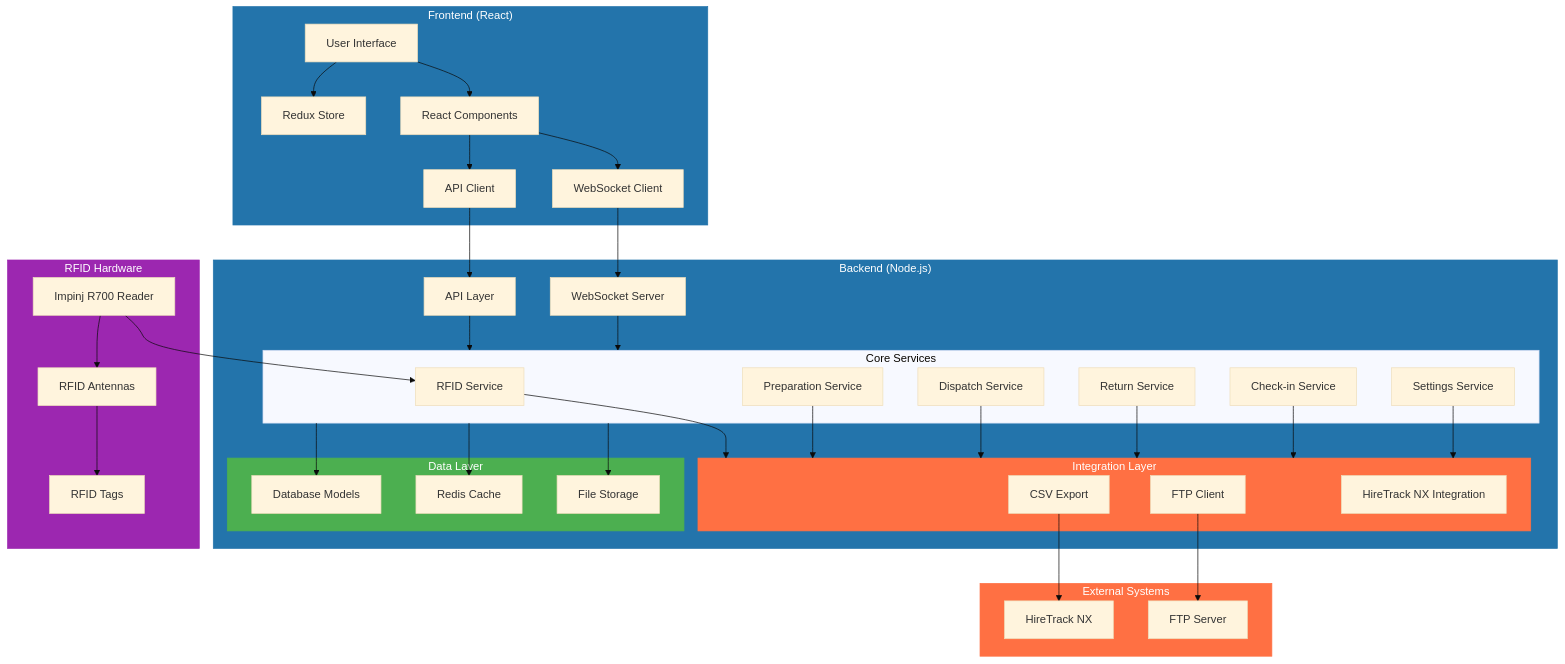
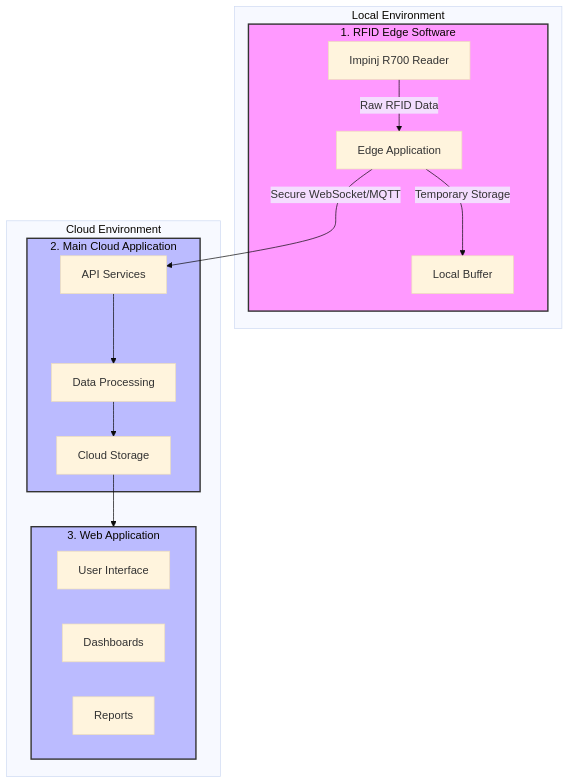
Before and after one commit to TadashiJei/Impinj-RFID-System: the diagram in flowchart.mermaid, drawn with Mermaid (base theme).

```diff
--- a/flowchart.mermaid
+++ b/flowchart.mermaid
@@ -1,91 +1,36 @@
 graph TB
-    subgraph Client ["Frontend (React)"]
-        UI[User Interface]
-        Redux[Redux Store]
-        WSClient[WebSocket Client]
-        Components[React Components]
-        APIClient[API Client]
-        
-        UI --> Redux
-        UI --> Components
-        Components --> APIClient
-        Components --> WSClient
-    end
-
-    subgraph Server ["Backend (Node.js)"]
-        API[API Layer]
-        WSServer[WebSocket Server]
-        
-        subgraph Core ["Core Services"]
-            RFIDService[RFID Service]
-            PrepService[Preparation Service]
-            DispatchService[Dispatch Service]
-            ReturnService[Return Service]
-            CheckInService[Check-in Service]
-            SettingsService[Settings Service]
-        end
-        
-        subgraph Integration ["Integration Layer"]
-            CSVExport[CSV Export]
-            FTPClient[FTP Client]
-            HireTrackNX[HireTrack NX Integration]
-        end
-        
-        subgraph Data ["Data Layer"]
-            Models[Database Models]
-            Cache[Redis Cache]
-            FileStorage[File Storage]
+    subgraph Local ["Local Environment"]
+        subgraph EdgeSoftware ["1. RFID Edge Software"]
+            Reader[Impinj R700 Reader]
+            EdgeApp[Edge Application]
+            Buffer[Local Buffer]
+            
+            Reader -->|Raw RFID Data| EdgeApp
+            EdgeApp -->|Temporary Storage| Buffer
         end
     end
 
-    subgraph Hardware ["RFID Hardware"]
-        Reader[Impinj R700 Reader]
-        Antennas[RFID Antennas]
-        Tags[RFID Tags]
+    subgraph Cloud ["Cloud Environment"]
+        subgraph MainApp ["2. Main Cloud Application"]
+            API[API Services]
+            Processing[Data Processing]
+            Storage[Cloud Storage]
+        end
+
+        subgraph WebApp ["3. Web Application"]
+            UI[User Interface]
+            Dashboard[Dashboards]
+            Reports[Reports]
+        end
     end
 
-    subgraph External ["External Systems"]
-        HireTrack[HireTrack NX]
-        FTP[FTP Server]
-    end
+    EdgeApp -->|Secure WebSocket/MQTT| API
+    API --> Processing
+    Processing --> Storage
+    Storage --> WebApp
 
-    %% Client to Server Connections
-    APIClient --> API
-    WSClient --> WSServer
-
-    %% API Layer Connections
-    API --> Core
-    WSServer --> Core
-
-    %% Core Service Connections
-    RFIDService --> Integration
-    PrepService --> Integration
-    DispatchService --> Integration
-    ReturnService --> Integration
-    CheckInService --> Integration
-    SettingsService --> Integration
-
-    %% Data Layer Connections
-    Core --> Models
-    Core --> Cache
-    Core --> FileStorage
-
-    %% Hardware Connections
-    Reader --> Antennas
-    Antennas --> Tags
-    Reader --> RFIDService
-
-    %% External System Connections
-    CSVExport --> HireTrack
-    FTPClient --> FTP
-
-    %% Styling
-    classDef primary fill:#2374ab,stroke:#2374ab,color:#fff
-    classDef secondary fill:#ff7043,stroke:#ff7043,color:#fff
-    classDef external fill:#4caf50,stroke:#4caf50,color:#fff
-    classDef hardware fill:#9c27b0,stroke:#9c27b0,color:#fff
-
-    class Client,Server primary
-    class Integration,External secondary
-    class Hardware hardware
-    class Data external
+    classDef local fill:#f9f,stroke:#333,stroke-width:2px
+    classDef cloud fill:#bbf,stroke:#333,stroke-width:2px
+    
+    class EdgeSoftware local
+    class MainApp,WebApp cloud
```
